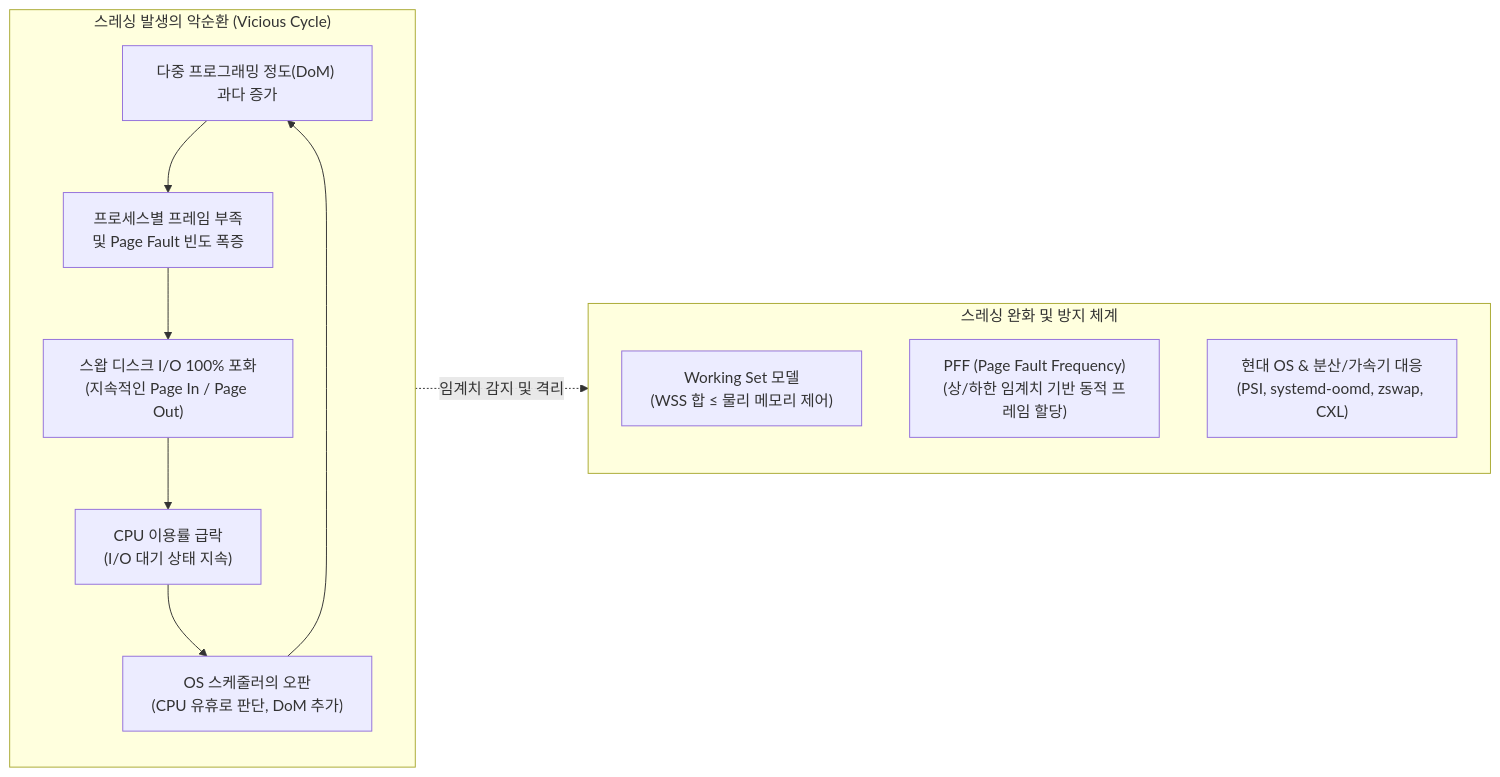
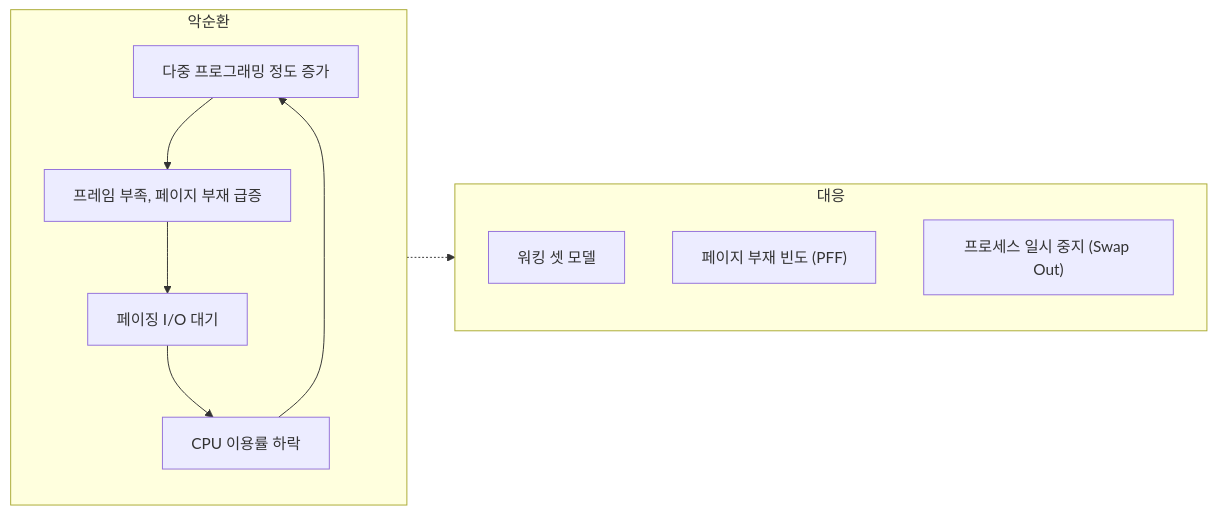
Before and after one commit to supremethumb/supremethumb.github.io: the diagram in content/01_IT Tech/스레싱.md, drawn with Mermaid. The commit also changed other lines of this file and 1087 other files, not shown here.

````diff
--- a/content/01_IT Tech/스레싱.md
+++ b/content/01_IT Tech/스레싱.md
@@ -23,23 +35,17 @@
 ```mermaid
 flowchart LR
-    subgraph Thrashing_Loop ["스레싱 발생의 악순환 (Vicious Cycle)"]
+    subgraph LOOP["악순환"]
         direction TB
-        DOM["다중 프로그래밍 정도(DoM) 과다 증가"]
-        PF["프로세스별 프레임 부족<br/>및 Page Fault 빈도 폭증"]
-        SWAP["스왑 디스크 I/O 100% 포화<br/>(지속적인 Page In / Page Out)"]
-        CPU["CPU 이용률 급락<br/>(I/O 대기 상태 지속)"]
-        OS["OS 스케줄러의 오판<br/>(CPU 유휴로 판단, DoM 추가)"]
-
-        DOM --> PF --> SWAP --> CPU --> OS --> DOM
+        DOM["다중 프로그래밍 정도 증가"] --> PF["프레임 부족, 페이지 부재 급증"]
+        PF --> IO["페이징 I/O 대기"]
+        IO --> CPU["CPU 이용률 하락"]
+        CPU --> DOM
     end
-
-    subgraph Defense_Tech ["스레싱 완화 및 방지 체계"]
+    subgraph FIX["대응"]
         direction TB
-        WS["Working Set 모델<br/>(WSS 합 ≤ 물리 메모리 제어)"]
-        PFF["PFF (Page Fault Frequency)<br/>(상/하한 임계치 기반 동적 프레임 할당)"]
-        MODERN["현대 OS & 분산/가속기 대응<br/>(PSI, systemd-oomd, zswap, CXL)"]
+        WS["워킹 셋 모델"]
+        PFF["페이지 부재 빈도 (PFF)"]
+        SUS["프로세스 일시 중지 (Swap Out)"]
     end
-
-    Thrashing_Loop -.->|"임계치 감지 및 격리"| Defense_Tech
-
+    LOOP -.-> FIX
 ```
````
